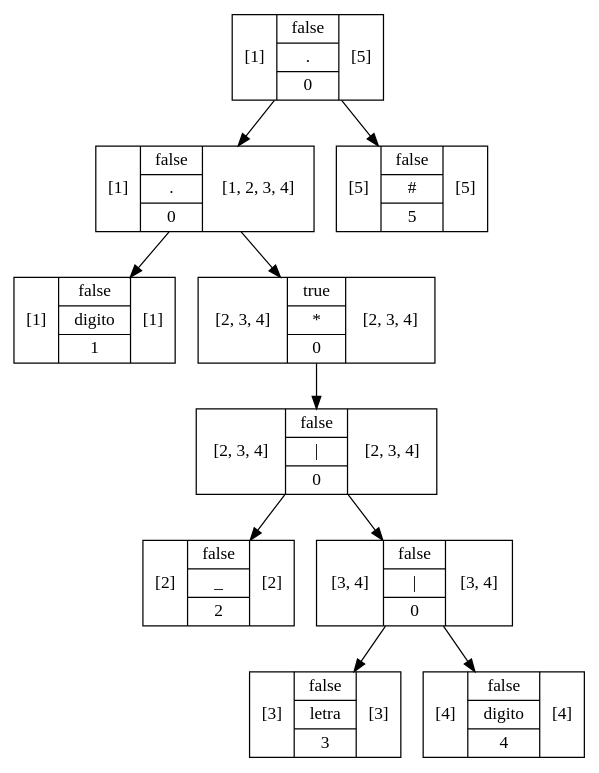
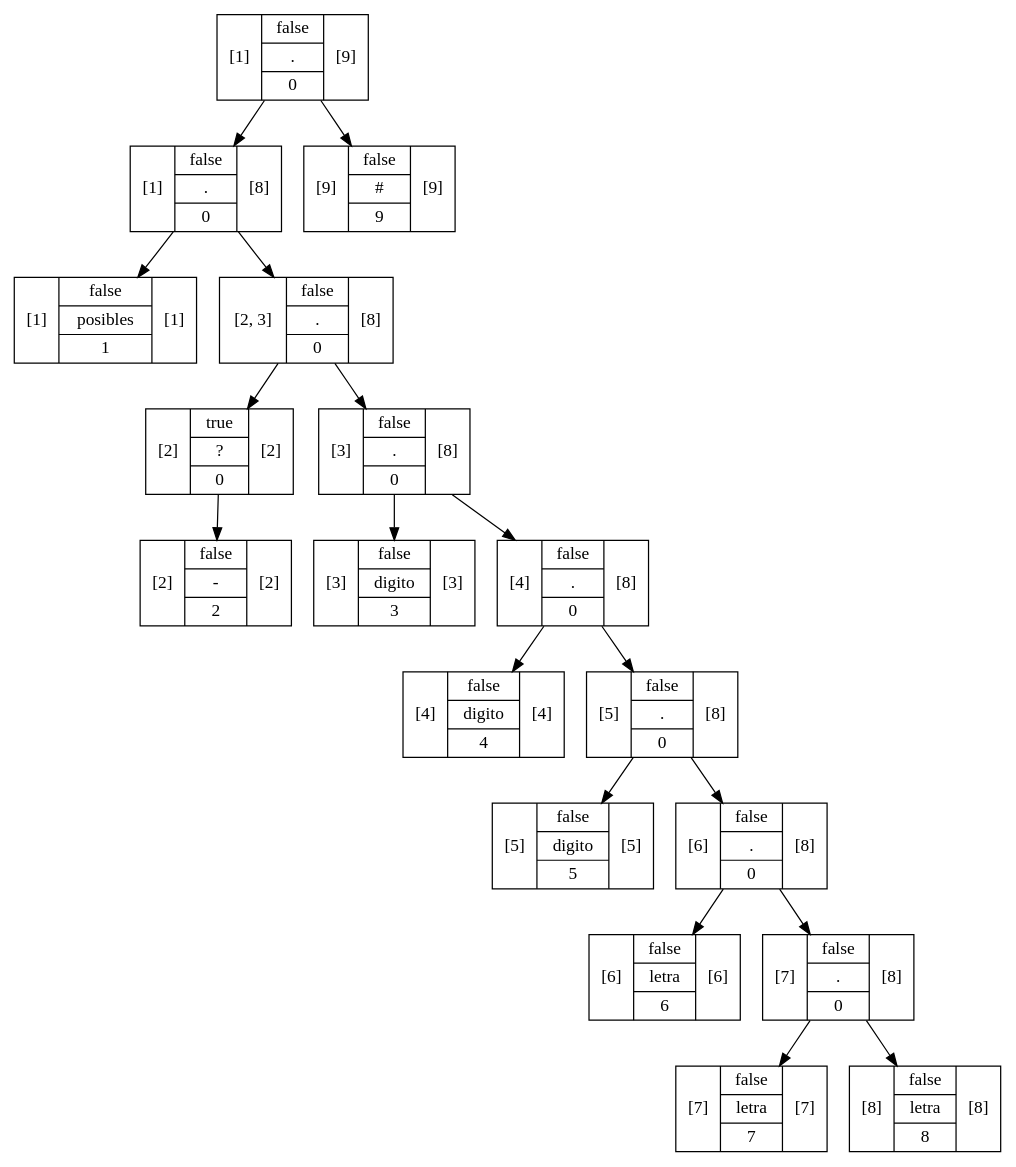
The diagram in out/production/Proyecto1/Graphviz/Arbol23.dot (RojasCJP/Proyecto1_Compi1), drawn with Graphviz before and after one commit. The commit also changed 616 other files, not shown here.

```diff
--- a/out/production/Proyecto1/Graphviz/Arbol23.dot
+++ b/out/production/Proyecto1/Graphviz/Arbol23.dot
@@ -1,21 +1,37 @@
 digraph structs {
-    node [shape=record];ArbolNodoMetodo6c2f34e4[label="[1]|{false|{digito}|1}|[1]"];
-ArbolNodoMetodo54b57f0a[label="[2]|{false|{_}|2}|[2]"];
-ArbolNodoMetodo17a16fac[label="[3]|{false|{letra}|3}|[3]"];
-ArbolNodoMetodo5cfc8884[label="[4]|{false|{digito}|4}|[4]"];
-ArbolNodoMetodo49e10feb[label="[3, 4]|{false|{\|}|0}|[3, 4]"];
-ArbolNodoMetodo49e10feb -> ArbolNodoMetodo17a16fac;
-ArbolNodoMetodo49e10feb -> ArbolNodoMetodo5cfc8884;
-ArbolNodoMetodo36d364f2[label="[2, 3, 4]|{false|{\|}|0}|[2, 3, 4]"];
-ArbolNodoMetodo36d364f2 -> ArbolNodoMetodo54b57f0a;
-ArbolNodoMetodo36d364f2 -> ArbolNodoMetodo49e10feb;
-ArbolNodoMetodo2a93b18b[label="[2, 3, 4]|{true|{*}|0}|[2, 3, 4]"];
-ArbolNodoMetodo2a93b18b -> ArbolNodoMetodo36d364f2;
-ArbolNodoMetodo1213b4f5[label="[1]|{false|{.}|0}|[1, 2, 3, 4]"];
-ArbolNodoMetodo1213b4f5 -> ArbolNodoMetodo6c2f34e4;
-ArbolNodoMetodo1213b4f5 -> ArbolNodoMetodo2a93b18b;
-ArbolNodoMetodo53cc6f0b[label="[5]|{false|{#}|5}|[5]"];
-ArbolNodoMetodo7e957574[label="[1]|{false|{.}|0}|[5]"];
-ArbolNodoMetodo7e957574 -> ArbolNodoMetodo1213b4f5;
-ArbolNodoMetodo7e957574 -> ArbolNodoMetodo53cc6f0b;
+    node [shape=record];ArbolNodoMetodo526e015b[label="[1]|{false|{posibles}|1}|[1]"];
+ArbolNodoMetodo1c4f5808[label="[2]|{false|{-}|2}|[2]"];
+ArbolNodoMetodo7b3e112[label="[2]|{true|{?}|0}|[2]"];
+ArbolNodoMetodo7b3e112 -> ArbolNodoMetodo1c4f5808;
+ArbolNodoMetodo7a17520b[label="[3]|{false|{digito}|3}|[3]"];
+ArbolNodoMetodo58d1f0cb[label="[4]|{false|{digito}|4}|[4]"];
+ArbolNodoMetodo3eb86cc1[label="[5]|{false|{digito}|5}|[5]"];
+ArbolNodoMetodo269bb175[label="[6]|{false|{letra}|6}|[6]"];
+ArbolNodoMetodo665c38a7[label="[7]|{false|{letra}|7}|[7]"];
+ArbolNodoMetodo31dccb0f[label="[8]|{false|{letra}|8}|[8]"];
+ArbolNodoMetodo4c7f6791[label="[7]|{false|{.}|0}|[8]"];
+ArbolNodoMetodo4c7f6791 -> ArbolNodoMetodo665c38a7;
+ArbolNodoMetodo4c7f6791 -> ArbolNodoMetodo31dccb0f;
+ArbolNodoMetodo37947772[label="[6]|{false|{.}|0}|[8]"];
+ArbolNodoMetodo37947772 -> ArbolNodoMetodo269bb175;
+ArbolNodoMetodo37947772 -> ArbolNodoMetodo4c7f6791;
+ArbolNodoMetodo308ae827[label="[5]|{false|{.}|0}|[8]"];
+ArbolNodoMetodo308ae827 -> ArbolNodoMetodo3eb86cc1;
+ArbolNodoMetodo308ae827 -> ArbolNodoMetodo37947772;
+ArbolNodoMetodo6759c98a[label="[4]|{false|{.}|0}|[8]"];
+ArbolNodoMetodo6759c98a -> ArbolNodoMetodo58d1f0cb;
+ArbolNodoMetodo6759c98a -> ArbolNodoMetodo308ae827;
+ArbolNodoMetodo502d791f[label="[3]|{false|{.}|0}|[8]"];
+ArbolNodoMetodo502d791f -> ArbolNodoMetodo7a17520b;
+ArbolNodoMetodo502d791f -> ArbolNodoMetodo6759c98a;
+ArbolNodoMetodo4496ab8f[label="[2, 3]|{false|{.}|0}|[8]"];
+ArbolNodoMetodo4496ab8f -> ArbolNodoMetodo7b3e112;
+ArbolNodoMetodo4496ab8f -> ArbolNodoMetodo502d791f;
+ArbolNodoMetodo23bab8ea[label="[1]|{false|{.}|0}|[8]"];
+ArbolNodoMetodo23bab8ea -> ArbolNodoMetodo526e015b;
+ArbolNodoMetodo23bab8ea -> ArbolNodoMetodo4496ab8f;
+ArbolNodoMetodoa86208e[label="[9]|{false|{#}|9}|[9]"];
+ArbolNodoMetodo31d85540[label="[1]|{false|{.}|0}|[9]"];
+ArbolNodoMetodo31d85540 -> ArbolNodoMetodo23bab8ea;
+ArbolNodoMetodo31d85540 -> ArbolNodoMetodoa86208e;
 }
```
